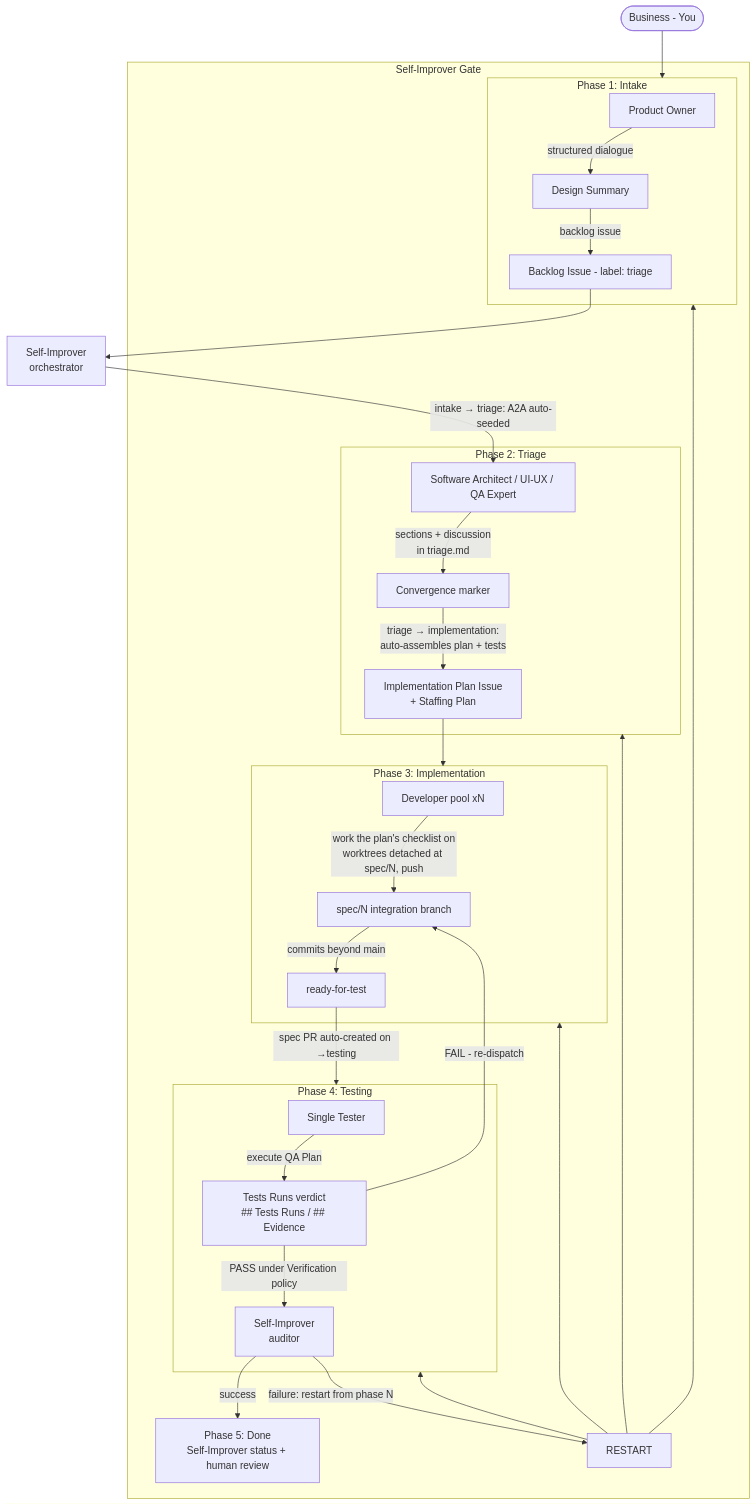
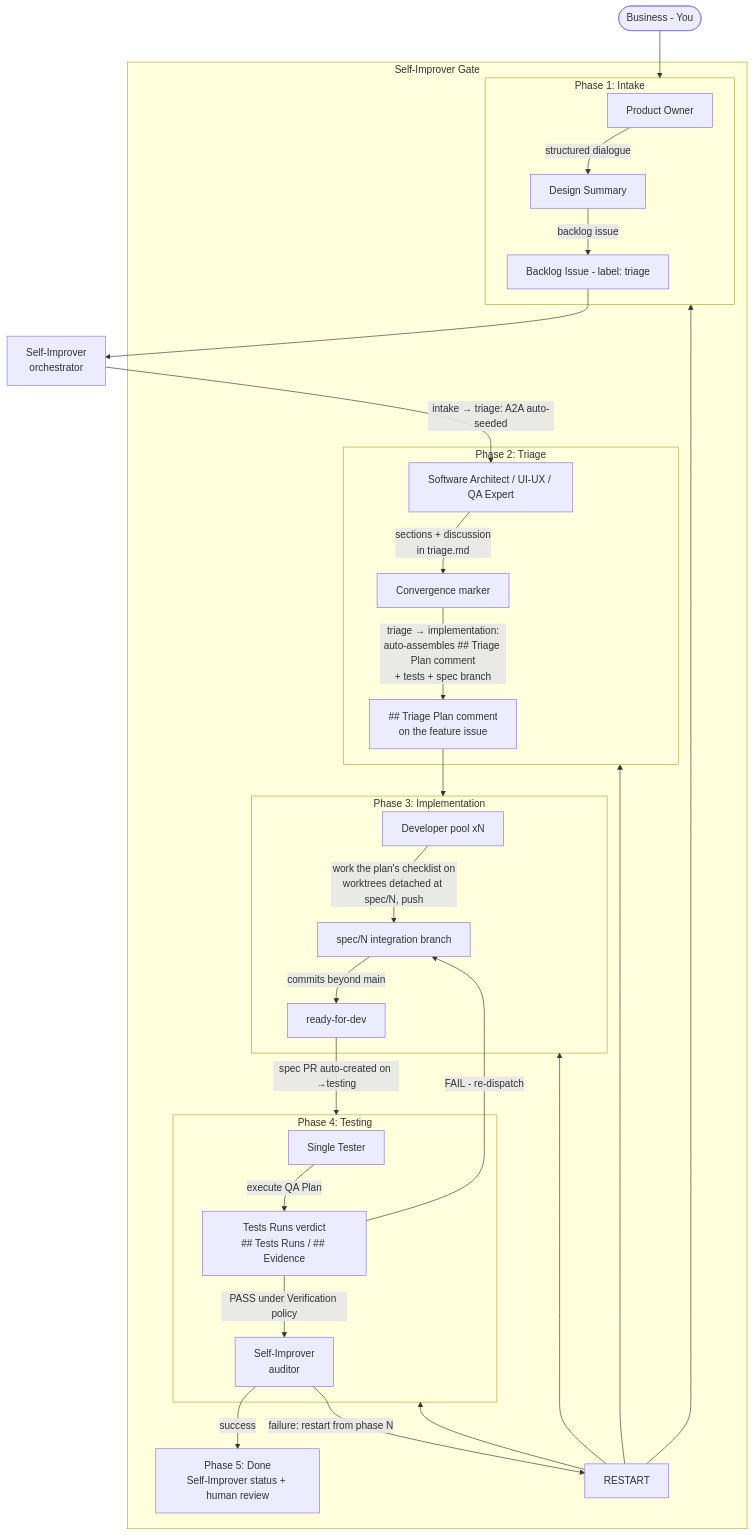
The diagram in docs/agentic-pipeline/pipeline.md (FredoAi/fredo), drawn with Mermaid before and after one commit. The commit also changed other lines of this file and 8 other files, not shown here.

First line of the commit message:
refactor(pipeline): single-issue model — plan is a ## Triage Plan comment on the feature issue; PO has no direct comment; implementation label ready-for-dev

````diff
--- a/docs/agentic-pipeline/pipeline.md
+++ b/docs/agentic-pipeline/pipeline.md
@@ -16,45 +16,45 @@
 ```mermaid
 flowchart TD
     B([Business - You]) --> P1
 
     subgraph P1[Phase 1: Intake]
         PO[Product Owner]
         PO --> |structured dialogue| SUM[Design Summary]
         SUM --> |backlog issue| BL[Backlog Issue - label: triage]
     end
 
     BL --> SI1[Self-Improver<br/>orchestrator]
     SI1 --> |intake → triage: A2A auto-seeded| TRIAGE
     subgraph P2[Phase 2: Triage]
         TRIAGE[Software Architect / UI-UX / QA Expert]
         TRIAGE --> |sections + discussion<br/>in triage.md| CONV[Convergence marker]
-        CONV --> |triage → implementation:<br/>auto-assembles plan + tests| IP[Implementation Plan Issue<br/>+ Staffing Plan]
+        CONV --> |triage → implementation:<br/>auto-assembles ## Triage Plan comment<br/>+ tests + spec branch| PLAN[## Triage Plan comment<br/>on the feature issue]
     end
 
-    IP --> P3
+    PLAN --> P3
     subgraph P3[Phase 3: Implementation]
         DEV[Developer pool xN]
         DEV --> |work the plan's checklist on<br/>worktrees detached at spec/N, push| SPEC[spec/N integration branch]
-        SPEC --> |commits beyond main| READY[ready-for-test]
+        SPEC --> |commits beyond main| READY[ready-for-dev]
     end
 
     READY --> |spec PR auto-created on →testing| P4
     subgraph P4[Phase 4: Testing]
         T[Single Tester]
         T --> |execute QA Plan| TR[Tests Runs verdict<br/>## Tests Runs / ## Evidence]
         TR --> |FAIL - re-dispatch| SPEC
         TR --> |PASS under Verification policy| AUDIT
     end
 
     subgraph GATE[Self-Improver Gate]
         AUDIT[Self-Improver<br/>auditor]
         AUDIT --> |success| DONE2
         AUDIT --> |failure: restart from phase N| RESTART
         RESTART --> P1
         RESTART --> P2
         RESTART --> P3
         RESTART --> P4
     end
 
     DONE2[Phase 5: Done<br/>Self-Improver status + human review]
 ```
````
